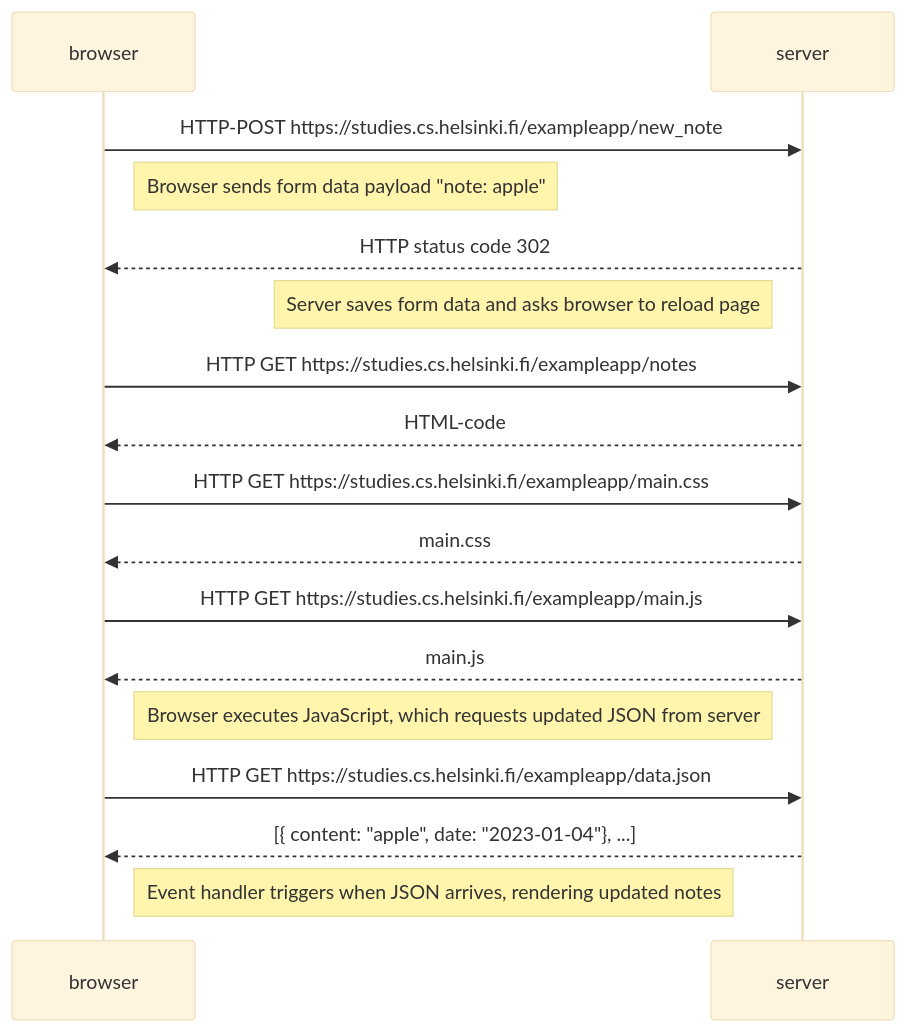
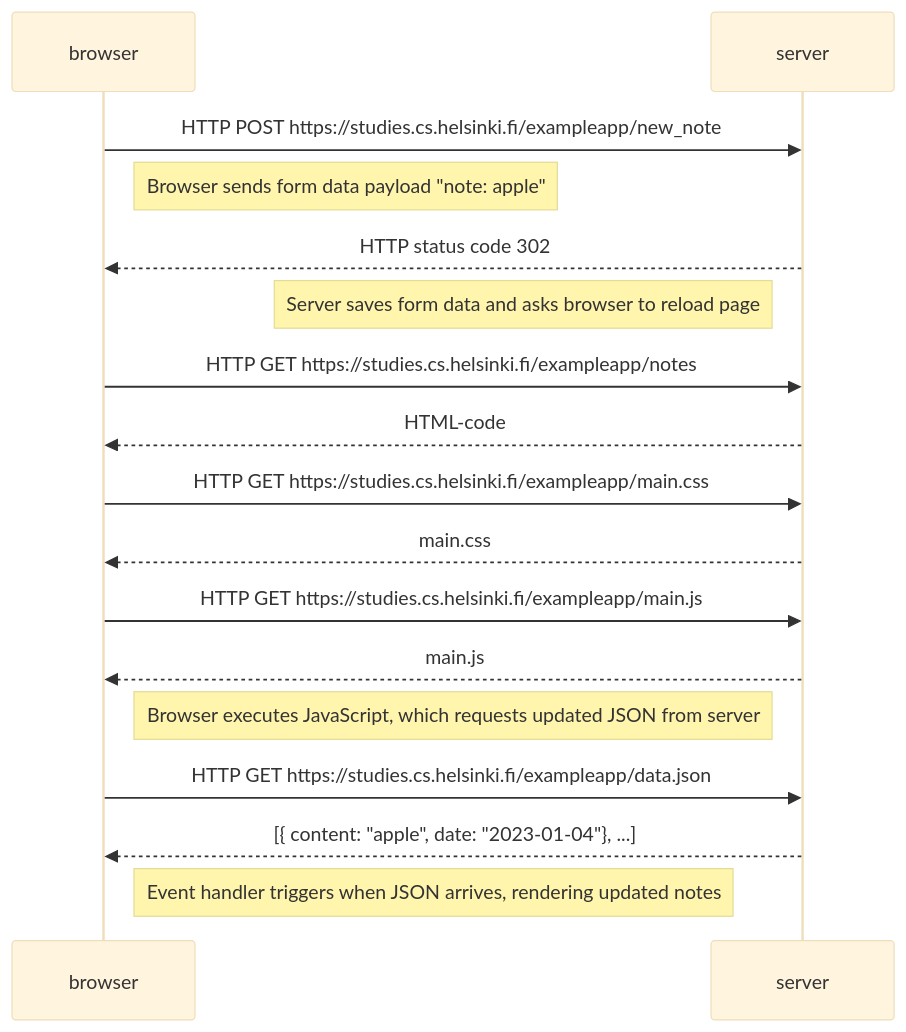
The diagram in part0/newnotediagram.md (l-jax/full-stack-open), drawn with Mermaid (base theme) before and after one commit. The commit also changed 1 other file, not shown here.

Commit message:
add new note single page app diagram

````diff
--- a/part0/newnotediagram.md
+++ b/part0/newnotediagram.md
@@ -1,18 +1,18 @@
 ```mermaid
 
     sequenceDiagram
-        browser->>server: HTTP-POST https://studies.cs.helsinki.fi/exampleapp/new_note
+        browser->>server: HTTP POST https://studies.cs.helsinki.fi/exampleapp/new_note
         Note right of browser: Browser sends form data payload "note: apple"
         server-->>browser: HTTP status code 302
                 Note left of server: Server saves form data and asks browser to reload page
         browser->>server: HTTP GET https://studies.cs.helsinki.fi/exampleapp/notes
         server-->>browser: HTML-code
         browser->>server: HTTP GET https://studies.cs.helsinki.fi/exampleapp/main.css
         server-->>browser: main.css
         browser->>server: HTTP GET https://studies.cs.helsinki.fi/exampleapp/main.js
         server-->>browser: main.js
         Note right of browser: Browser executes JavaScript, which requests updated JSON from server
         browser->>server: HTTP GET https://studies.cs.helsinki.fi/exampleapp/data.json
         server-->>browser: [{ content: "apple", date: "2023-01-04"}, ...]
         Note right of browser: Event handler triggers when JSON arrives, rendering updated notes
 ```
````
